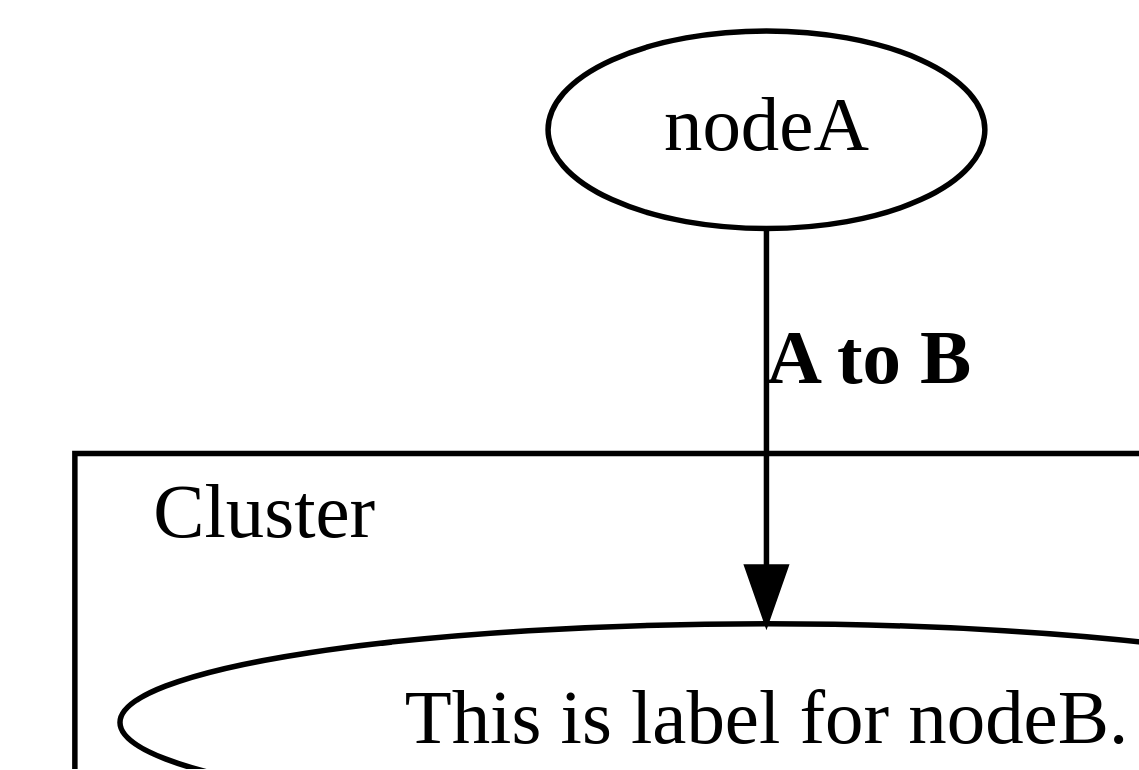
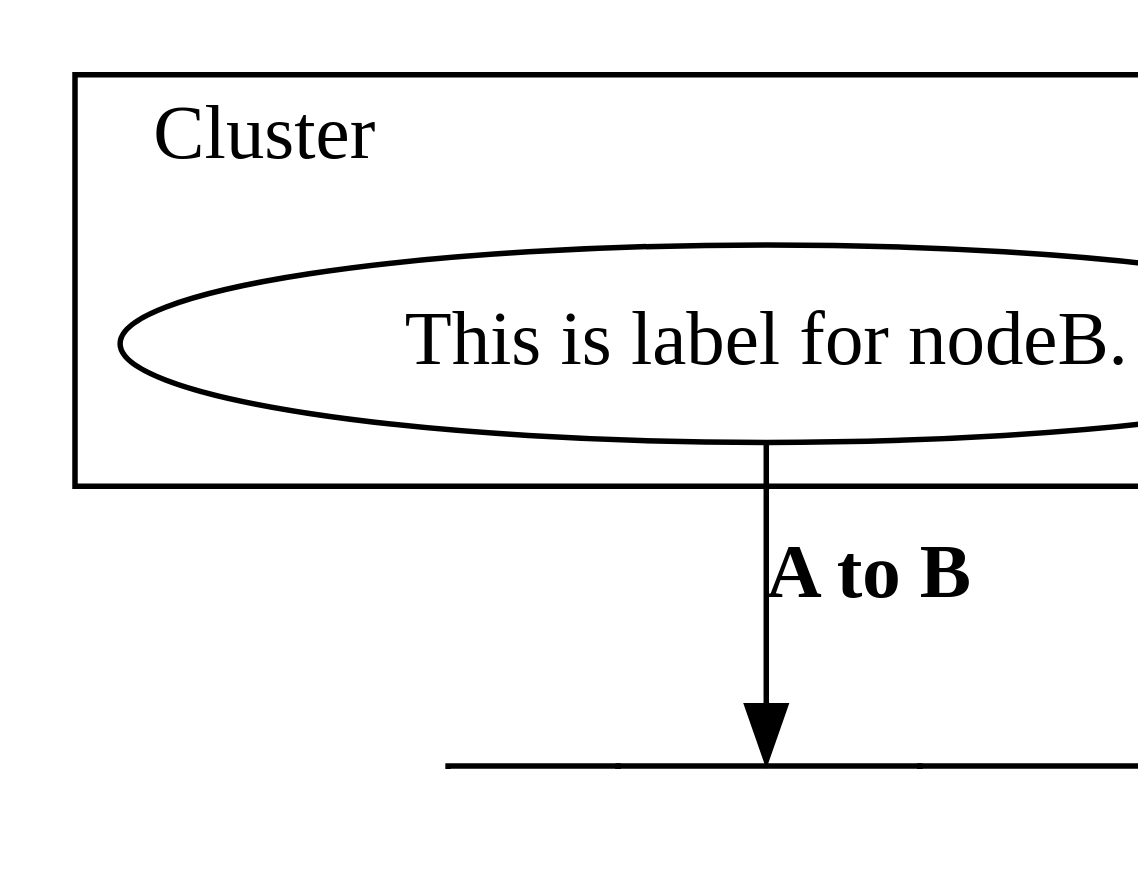
The diagram in packages/react/README.md (ts-graphviz/ts-graphviz), drawn with Graphviz before and after one commit. The commit also changed other lines of this file, not shown here.

````diff
--- a/packages/react/README.md
+++ b/packages/react/README.md
@@ -46,18 +58,21 @@
 ```dot
 digraph {
   dpi = 150;
-  "nodeA";
+  "nodeA" [
+    shape = "none",
+    label = <<table BORDER="0" CELLBORDER="1" CELLSPACING="0"><tr><td>left</td><td PORT="m">middle</td><td PORT="r">right</td></tr></table>>,
+  ];
   "nodeB";
   subgraph "cluster" {
     labeljust = "l";
     label = "Cluster";
     "nodeB" [
       label = "This is label for nodeB.",
     ];
   }
   // Edge from node A to B
-  "nodeA" -> "nodeB" [
+  "nodeB" -> "nodeA":"m" [
     label = <<b>A to B</b>>,
   ];
 }
 ```
````
